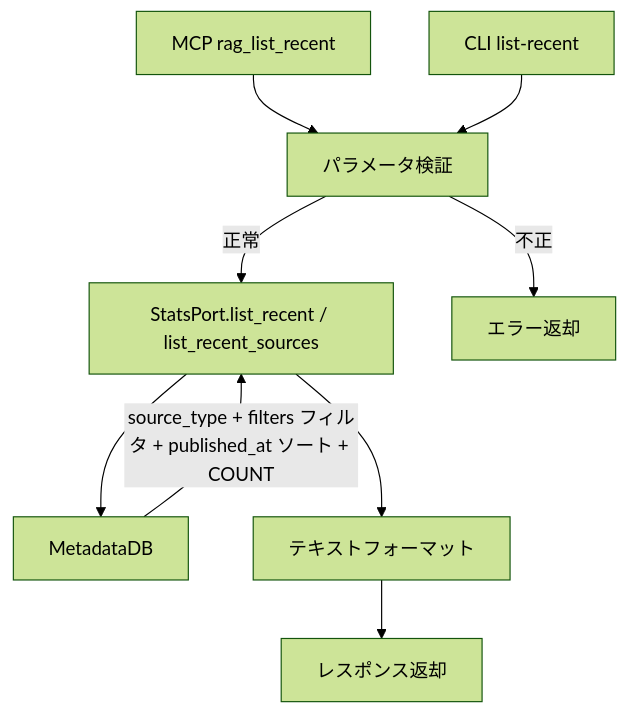
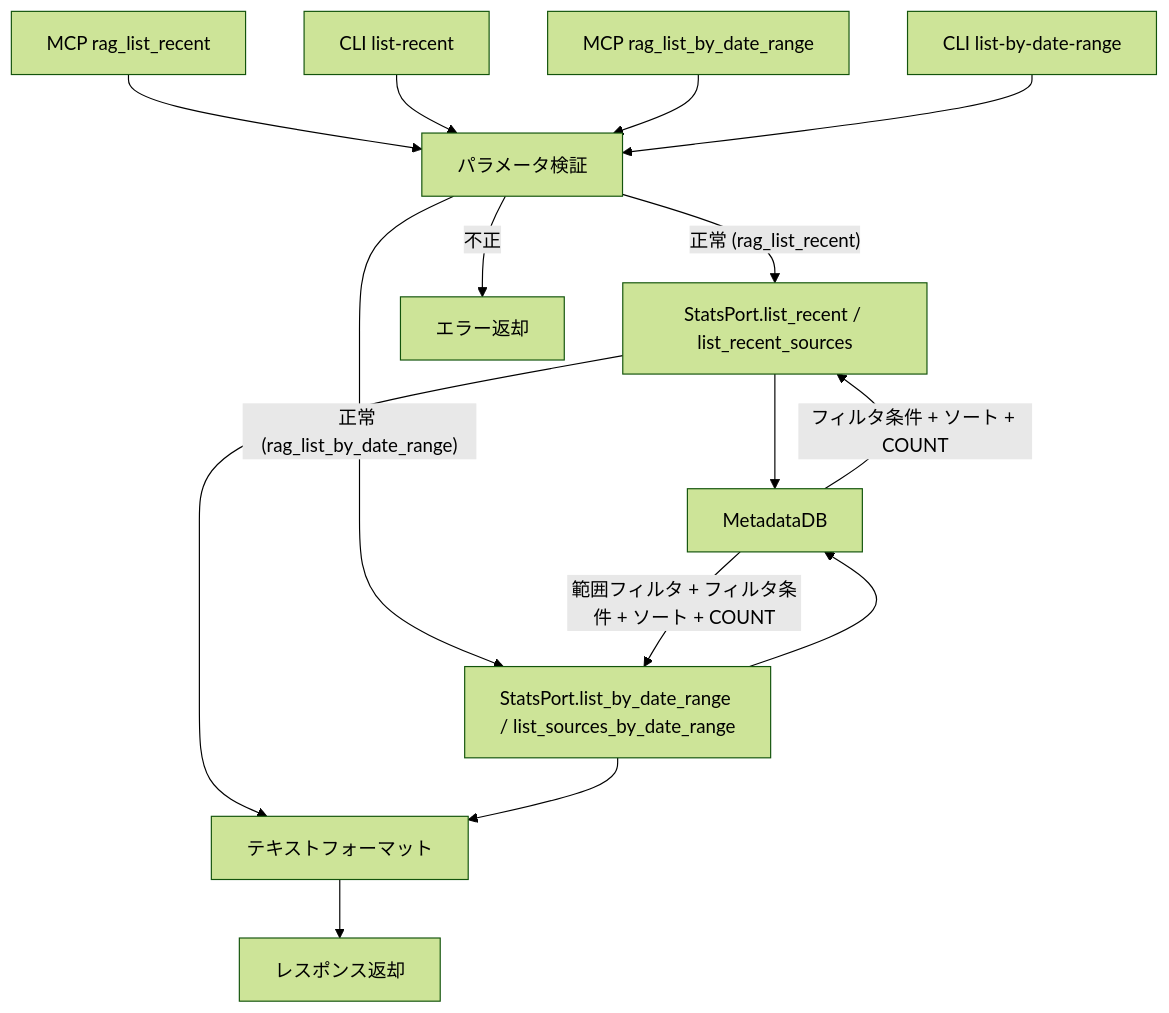
Before and after one commit to becky3/rag-knowledge: the diagram in docs/specs/infrastructure/content-listing.md, drawn with Mermaid (forest theme). The commit also changed other lines of this file and 9 other files, not shown here.

First line of the commit message:
feat(content-listing): 指定日付範囲でソース取得する MCP ツール rag_list_by_date_range を追加 (#789)

````diff
--- a/docs/specs/infrastructure/content-listing.md
+++ b/docs/specs/infrastructure/content-listing.md
@@ -140,19 +232,28 @@
 ```mermaid
 flowchart TD
-    MCP["MCP rag_list_recent"]
-    CLI["CLI list-recent"]
+    MCP_RECENT["MCP rag_list_recent"]
+    MCP_RANGE["MCP rag_list_by_date_range"]
+    CLI_RECENT["CLI list-recent"]
+    CLI_RANGE["CLI list-by-date-range"]
     VALIDATE["パラメータ検証"]
-    SERVICE["StatsPort.list_recent / list_recent_sources"]
+    SERVICE_RECENT["StatsPort.list_recent / list_recent_sources"]
+    SERVICE_RANGE["StatsPort.list_by_date_range / list_sources_by_date_range"]
     METADB["MetadataDB"]
     FORMAT["テキストフォーマット"]
     RESPONSE["レスポンス返却"]
 
-    MCP --> VALIDATE
-    CLI --> VALIDATE
+    MCP_RECENT --> VALIDATE
+    CLI_RECENT --> VALIDATE
+    MCP_RANGE --> VALIDATE
+    CLI_RANGE --> VALIDATE
     VALIDATE -->|不正| ERROR["エラー返却"]
-    VALIDATE -->|正常| SERVICE
-    SERVICE --> METADB
-    METADB -->|"source_type + filters フィルタ + published_at ソート + COUNT"| SERVICE
-    SERVICE --> FORMAT
+    VALIDATE -->|"正常 (rag_list_recent)"| SERVICE_RECENT
+    VALIDATE -->|"正常 (rag_list_by_date_range)"| SERVICE_RANGE
+    SERVICE_RECENT --> METADB
+    SERVICE_RANGE --> METADB
+    METADB -->|"フィルタ条件 + ソート + COUNT"| SERVICE_RECENT
+    METADB -->|"範囲フィルタ + フィルタ条件 + ソート + COUNT"| SERVICE_RANGE
+    SERVICE_RECENT --> FORMAT
+    SERVICE_RANGE --> FORMAT
     FORMAT --> RESPONSE
 ```
````
